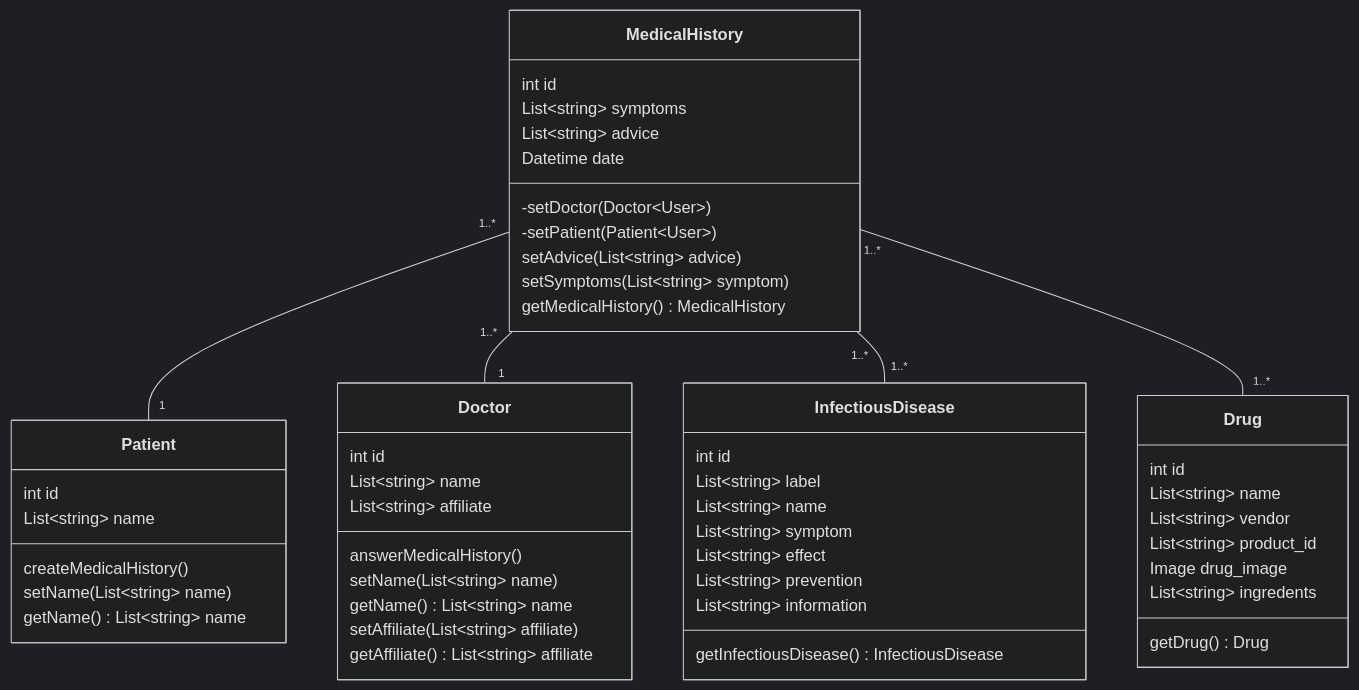
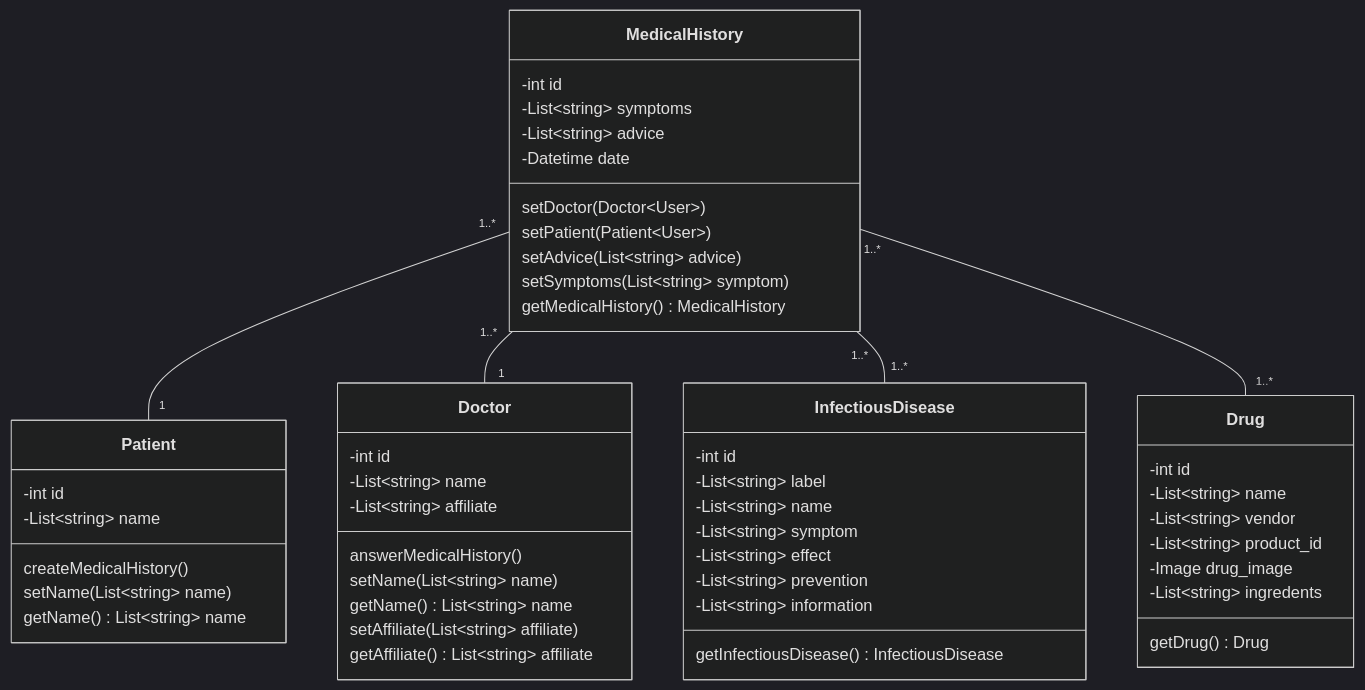
One commit to itvkist/infectious-disease changed the first of 8 diagrams in BE_README.md. Above: the diagram before and after it, drawn with Mermaid (dark theme). The commit also changed other lines of this file, not shown here.

````diff
--- a/BE_README.md
+++ b/BE_README.md
@@ -1,54 +1,54 @@
 ```mermaid
 classDiagram
 MedicalHistory "1..*" -- "1" Patient
 MedicalHistory "1..*" -- "1" Doctor
 MedicalHistory "1..*" -- "1..*" InfectiousDisease
 MedicalHistory "1..*" -- "1..*" Drug
 class MedicalHistory{
-    int id
-    List~string~ symptoms
-    List~string~ advice
-    Datetime date
-    -setDoctor(Doctor~User~)
-    -setPatient(Patient~User~)
+    -int id
+    -List~string~ symptoms
+    -List~string~ advice
+    -Datetime date
+    setDoctor(Doctor~User~)
+    setPatient(Patient~User~)
     setAdvice(List~string~ advice)
     setSymptoms(List~string~ symptom)
     getMedicalHistory() MedicalHistory
 }
 class Patient~User~{
-    int id
-    List~string~ name
+    -int id
+    -List~string~ name
     createMedicalHistory()
     setName(List~string~ name)
     getName() List~string~ name
 }
 class Doctor~User~{
-    int id
-    List~string~ name
-    List~string~ affiliate
+    -int id
+    -List~string~ name
+    -List~string~ affiliate
     answerMedicalHistory()
     setName(List~string~ name)
     getName() List~string~ name
     setAffiliate(List~string~ affiliate)
     getAffiliate() List~string~ affiliate
 }
 class InfectiousDisease {
-    int id
-    List~string~ label
-    List~string~ name
-    List~string~ symptom
-    List~string~ effect
-    List~string~ prevention
-    List~string~ information
+    -int id
+    -List~string~ label
+    -List~string~ name
+    -List~string~ symptom
+    -List~string~ effect
+    -List~string~ prevention
+    -List~string~ information
     getInfectiousDisease() InfectiousDisease
 }
 class Drug {
-    int id
-    List~string~ name
-    List~string~ vendor
-    List~string~ product_id
-    Image drug_image
-    List~string~ ingredents
+    -int id
+    -List~string~ name
+    -List~string~ vendor
+    -List~string~ product_id
+    -Image drug_image
+    -List~string~ ingredents
     getDrug() Drug
 }
 ```
````
